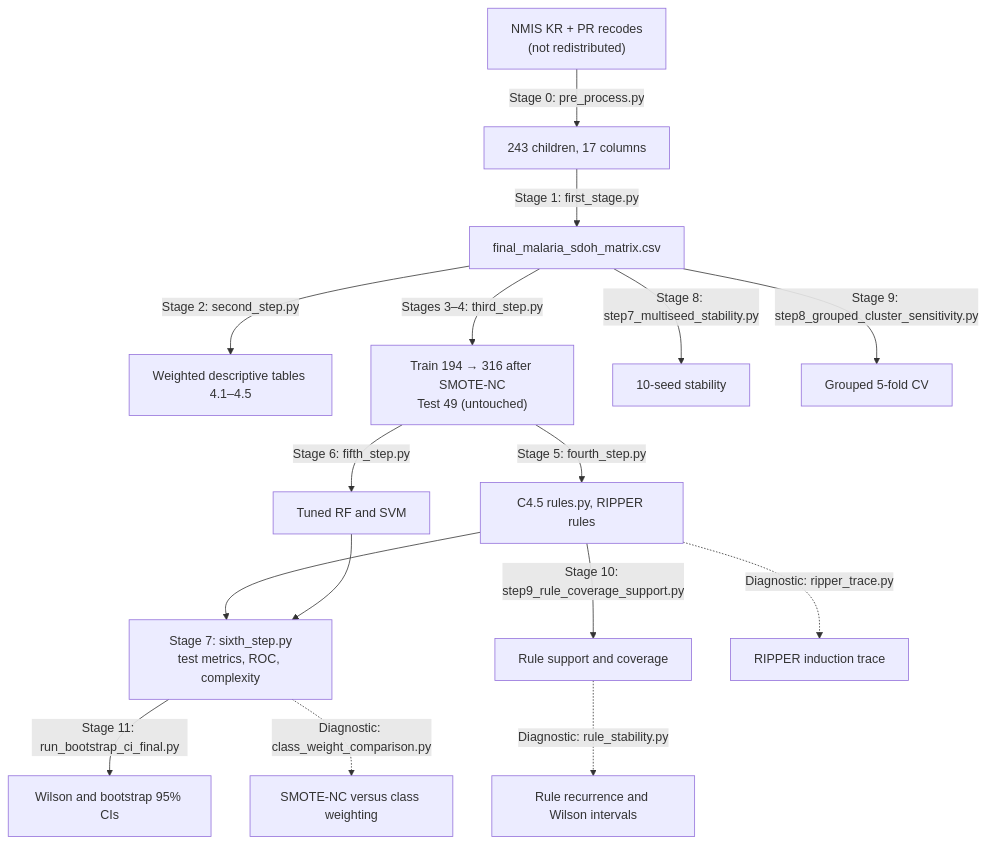
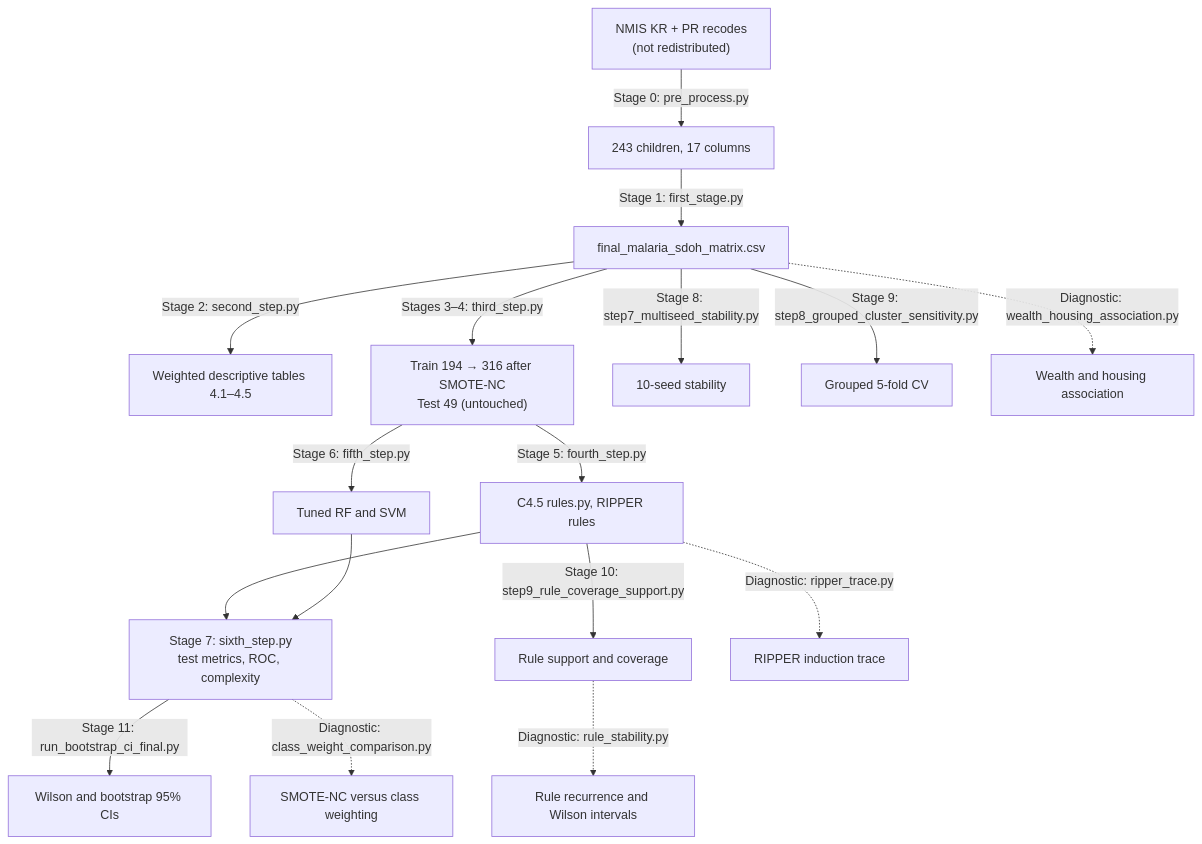
The diagram in EXAMINER_TECHNICAL_GUIDE.md (codeinpython2024/MSC_Malaria), drawn with Mermaid before and after one commit. The commit also changed other lines of this file and 4 other files, not shown here.

First line of the commit message:
feat: add wealth and housing association diagnostic

````diff
--- a/EXAMINER_TECHNICAL_GUIDE.md
+++ b/EXAMINER_TECHNICAL_GUIDE.md
@@ -21,18 +21,19 @@
 ```mermaid
 flowchart TD
     A["NMIS KR + PR recodes<br/>(not redistributed)"] -->|"Stage 0: pre_process.py"| B["243 children, 17 columns"]
     B -->|"Stage 1: first_stage.py"| C["final_malaria_sdoh_matrix.csv"]
     C -->|"Stage 2: second_step.py"| D["Weighted descriptive tables 4.1–4.5"]
     C -->|"Stages 3–4: third_step.py"| E["Train 194 → 316 after SMOTE-NC<br/>Test 49 (untouched)"]
     E -->|"Stage 5: fourth_step.py"| F["C4.5 rules.py, RIPPER rules"]
     E -->|"Stage 6: fifth_step.py"| G["Tuned RF and SVM"]
     F --> H["Stage 7: sixth_step.py<br/>test metrics, ROC, complexity"]
     G --> H
     C -->|"Stage 8: step7_multiseed_stability.py"| I["10-seed stability"]
     C -->|"Stage 9: step8_grouped_cluster_sensitivity.py"| J["Grouped 5-fold CV"]
     F -->|"Stage 10: step9_rule_coverage_support.py"| K["Rule support and coverage"]
     H -->|"Stage 11: run_bootstrap_ci_final.py"| L["Wilson and bootstrap 95% CIs"]
     H -.->|"Diagnostic: class_weight_comparison.py"| M["SMOTE-NC versus class weighting"]
     K -.->|"Diagnostic: rule_stability.py"| N["Rule recurrence and Wilson intervals"]
     F -.->|"Diagnostic: ripper_trace.py"| O["RIPPER induction trace"]
+    C -.->|"Diagnostic: wealth_housing_association.py"| P["Wealth and housing association"]
 ```
````
